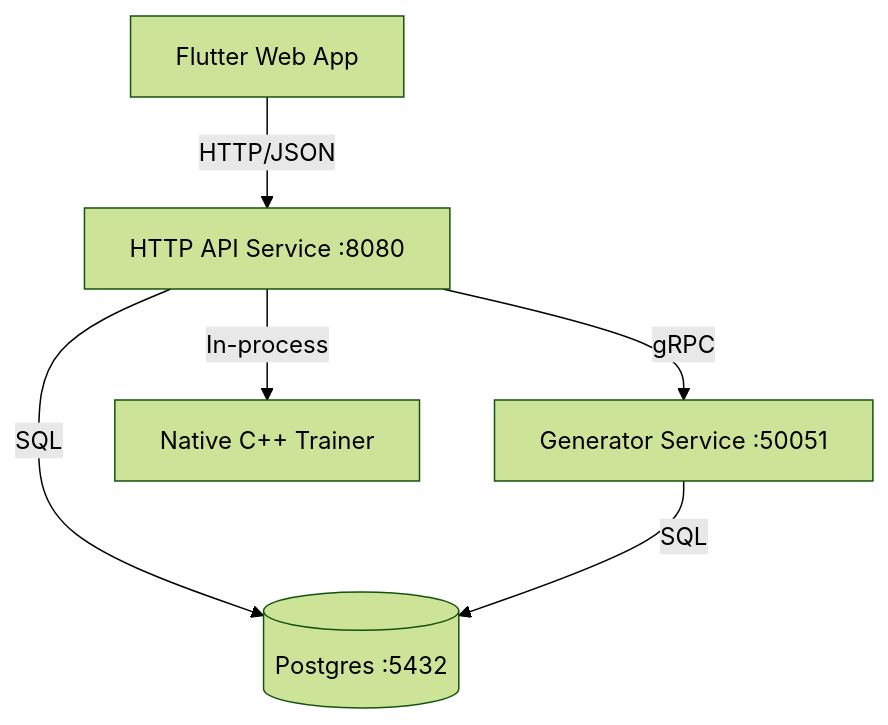
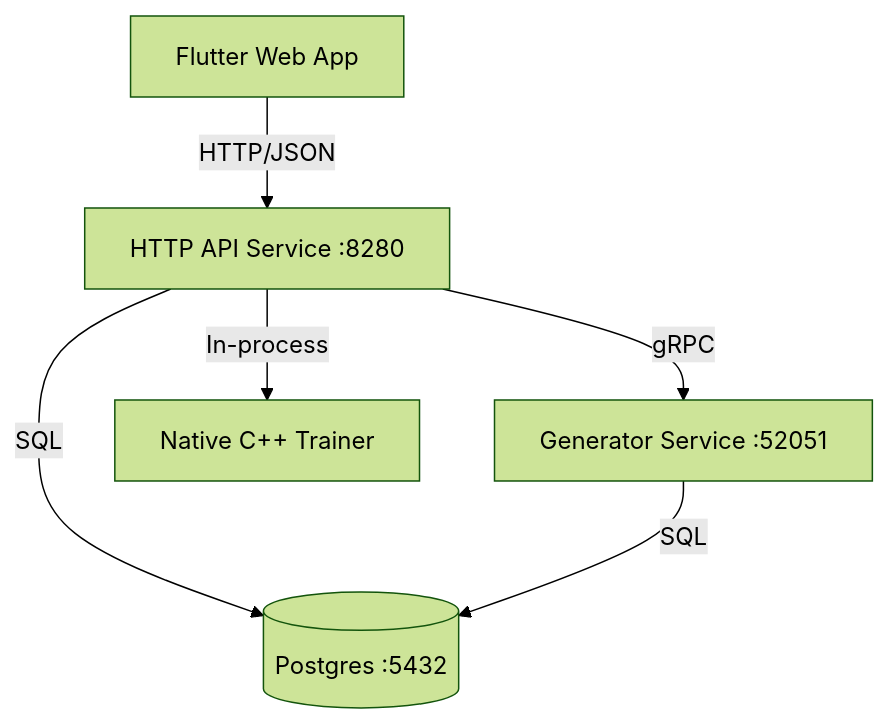
The diagram in README.md (jonkmatsumo/telemetry-systems-lab), drawn with Mermaid (forest theme) before and after one commit. The commit also changed other lines of this file and 7 other files, not shown here.

````diff
--- a/README.md
+++ b/README.md
@@ -7,8 +7,8 @@
 ```mermaid
 graph TD
-    UI[Flutter Web App] -->|HTTP/JSON| API[HTTP API Service :8080]
-    API -->|gRPC| GEN[Generator Service :50051]
+    UI[Flutter Web App] -->|HTTP/JSON| API[HTTP API Service :8280]
+    API -->|gRPC| GEN[Generator Service :52051]
     API -->|In-process| CPP[Native C++ Trainer]
     API -->|SQL| DB[(Postgres :5432)]
     GEN -->|SQL| DB
 ```
````
